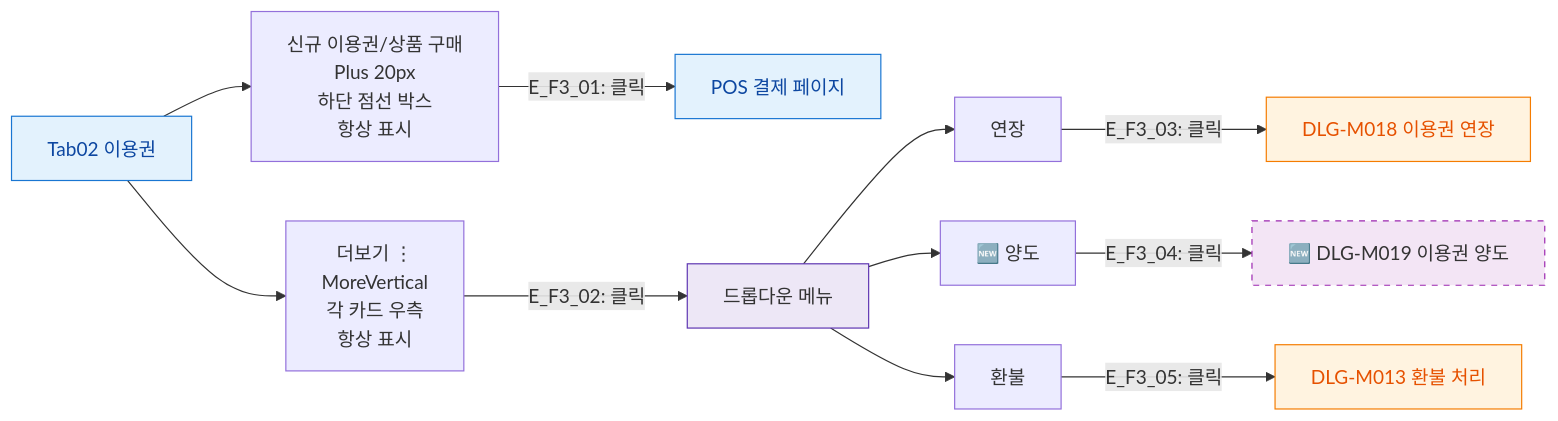
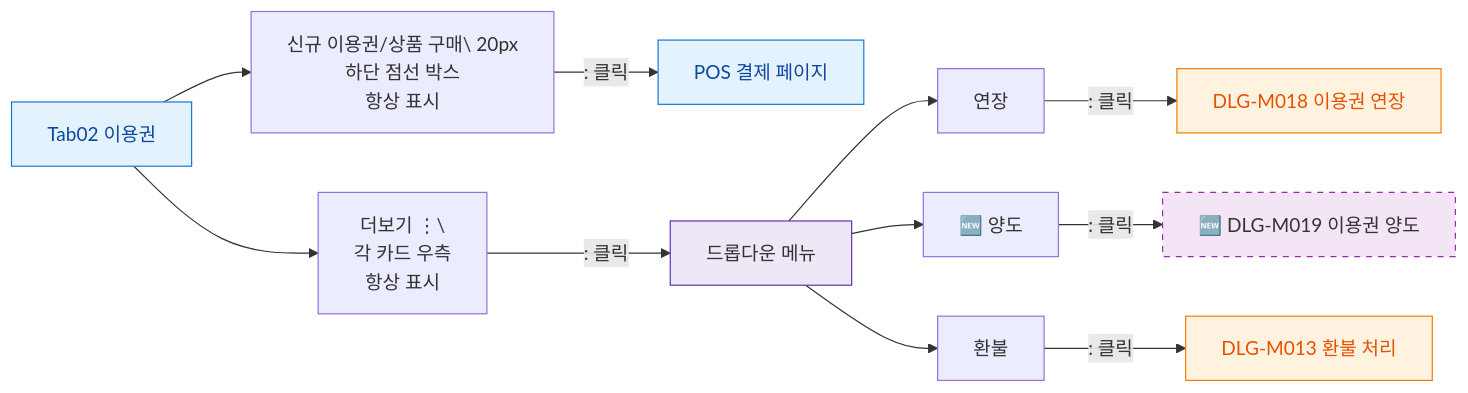
One commit to dev-spogym/admin-pando changed the diagram in docs/다이어그램/D02_회원관리/SCR-M004_회원상세/Tab02_이용권/F3_버튼액션.md. Above: the diagram before and after it, drawn with Mermaid. The commit also changed other lines of this file and 1660 other files, not shown here.

First line of the commit message:
다이어그램: 기획자/클라이언트 납품본으로 정리

````diff
--- a/docs/다이어그램/D02_회원관리/SCR-M004_회원상세/Tab02_이용권/F3_버튼액션.md
+++ b/docs/다이어그램/D02_회원관리/SCR-M004_회원상세/Tab02_이용권/F3_버튼액션.md
@@ -22,25 +20,25 @@
 ```mermaid
 flowchart LR
-  TAB[Tab02 이용권] --> B1[신규 이용권/상품 구매\nPlus 20px\n하단 점선 박스\n항상 표시]
-  TAB --> B2[더보기 ⋮\nMoreVertical\n각 카드 우측\n항상 표시]
+  TAB[Tab02 이용권] --> B1[신규 이용권/상품 구매\ 20px\n하단 점선 박스\n항상 표시]
+  TAB --> B2[더보기 ⋮\\n각 카드 우측\n항상 표시]
 
-  B1 -->|"E_F3_01: 클릭"| POS[POS 결제 페이지]
+  B1 -->|": 클릭"|POS[POS 결제 페이지]
 
-  B2 -->|"E_F3_02: 클릭"| DROPDOWN[드롭다운 메뉴]
+  B2 -->|": 클릭"|DROPDOWN[드롭다운 메뉴]
   DROPDOWN --> D1[연장]
   DROPDOWN --> D2[🆕 양도]
   DROPDOWN --> D3[환불]
 
-  D1 -->|"E_F3_03: 클릭"| DLG_M018[DLG-M018 이용권 연장]
-  D2 -->|"E_F3_04: 클릭"| DLG_M019[🆕 DLG-M019 이용권 양도]
-  D3 -->|"E_F3_05: 클릭"| DLG_M013[DLG-M013 환불 처리]
+  D1 -->|": 클릭"|DLG_M018[DLG-M018 이용권 연장]
+  D2 -->|": 클릭"|DLG_M019[🆕 DLG-M019 이용권 양도]
+  D3 -->|": 클릭"|DLG_M013[DLG-M013 환불 처리]
 
   classDef screen fill:#E3F2FD,stroke:#1976D2,color:#0D47A1
   classDef modal fill:#FFF3E0,stroke:#F57C00,color:#E65100
   classDef newFeature fill:#F3E5F5,stroke:#9C27B0,stroke-dasharray:5 5
   classDef system fill:#EDE7F6,stroke:#5E35B2
   class TAB,POS screen
   class DLG_M018,DLG_M013 modal
   class DLG_M019 newFeature
   class DROPDOWN system
 ```
````
